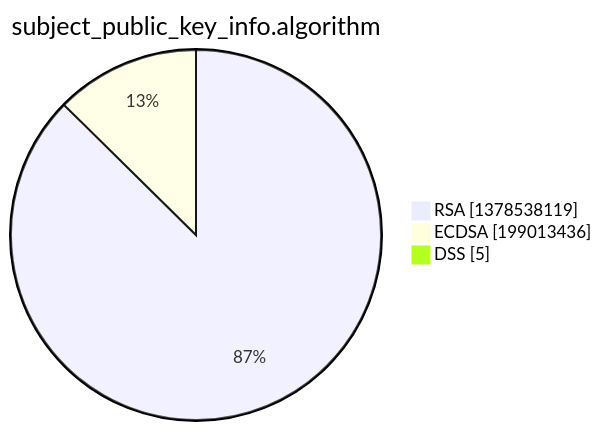
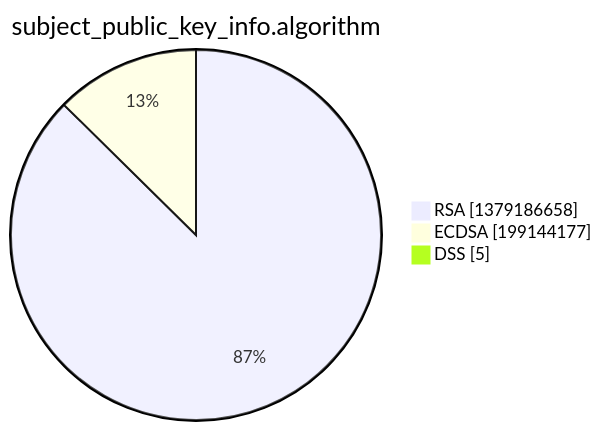
Before and after one commit to christiankrug/ctmonitor_visualization: the third of 15 diagrams in xenon2022/README.md, drawn with Mermaid. The commit also changed other lines of this file, not shown here.

````diff
--- a/xenon2022/README.md
+++ b/xenon2022/README.md
@@ -14,7 +14,7 @@
 ```mermaid
 pie showData
 title subject_public_key_info.algorithm
-"RSA" :1378538119
-"ECDSA" :199013436
+"RSA" :1379186658
+"ECDSA" :199144177
 "DSS" :5
 ```
````
